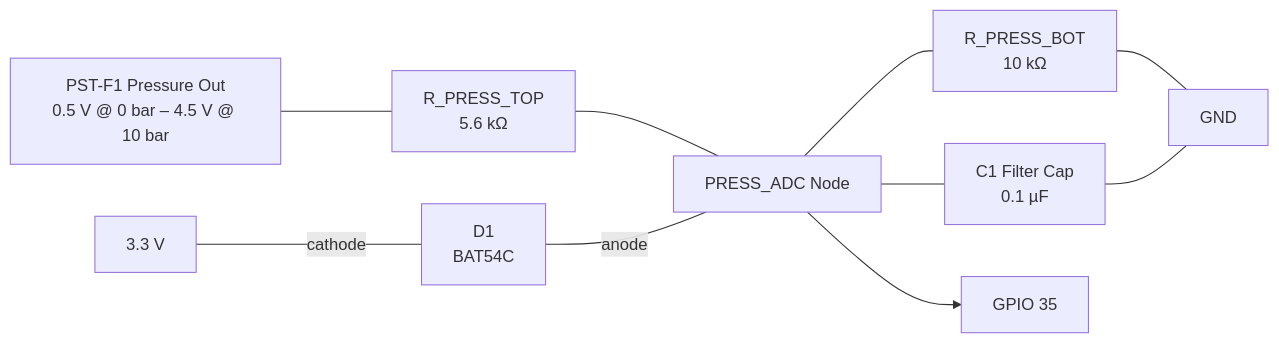
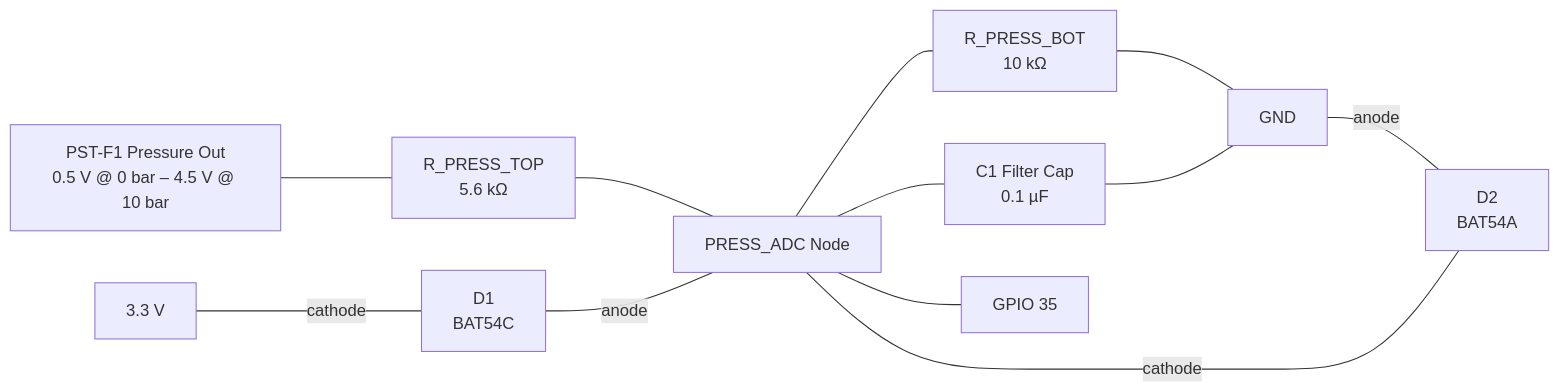
The first of 2 diagrams in bolt-on-bosch-pst-f-1/README.md (DinoLeung/can-bus-injector), drawn with Mermaid before and after one commit. The commit also changed other lines of this file and 3 other files, not shown here.

````diff
--- a/bolt-on-bosch-pst-f-1/README.md
+++ b/bolt-on-bosch-pst-f-1/README.md
@@ -41,19 +41,22 @@
 ``` mermaid
 flowchart LR
   PSTF1_P["PST-F1 Pressure Out<br/>0.5 V @ 0 bar – 4.5 V @ 10 bar"]
   PRESS_ADC["PRESS_ADC Node"]
   R_PRESS_TOP["R_PRESS_TOP<br/>5.6 kΩ"]
   R_PRESS_BOT["R_PRESS_BOT<br/>10 kΩ"]
   D1["D1<br/>BAT54C"]
+  D2["D2<br/>BAT54A"]
   C1["C1 Filter Cap<br/>0.1 µF"]
   GND["GND"]
   VCC["3.3 V"]
   GPIO["GPIO 35"]
 
   PSTF1_P --- R_PRESS_TOP --- PRESS_ADC
   VCC ---|cathode| D1
   D1 ---|anode| PRESS_ADC
+  GND ---|anode| D2
+  D2 ---|cathode| PRESS_ADC
   PRESS_ADC --- R_PRESS_BOT --- GND
   PRESS_ADC --- C1 --- GND
-  PRESS_ADC --> GPIO
+  PRESS_ADC --- GPIO
 ```
````
